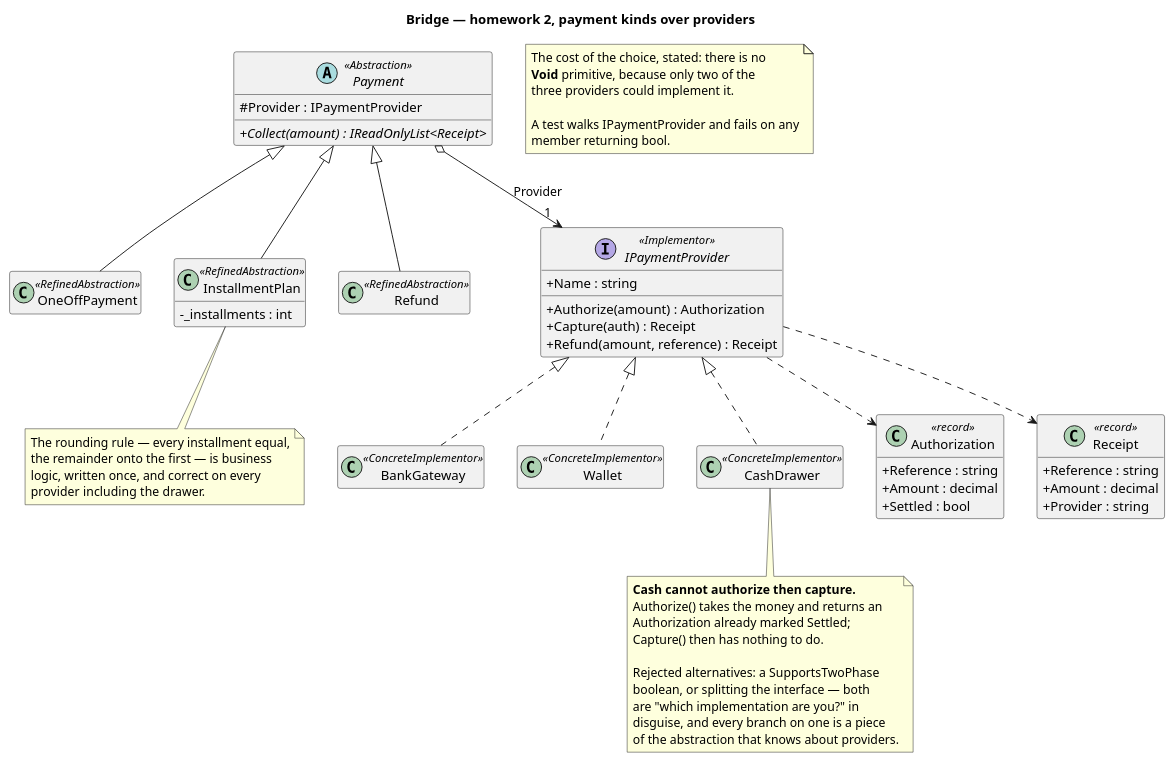
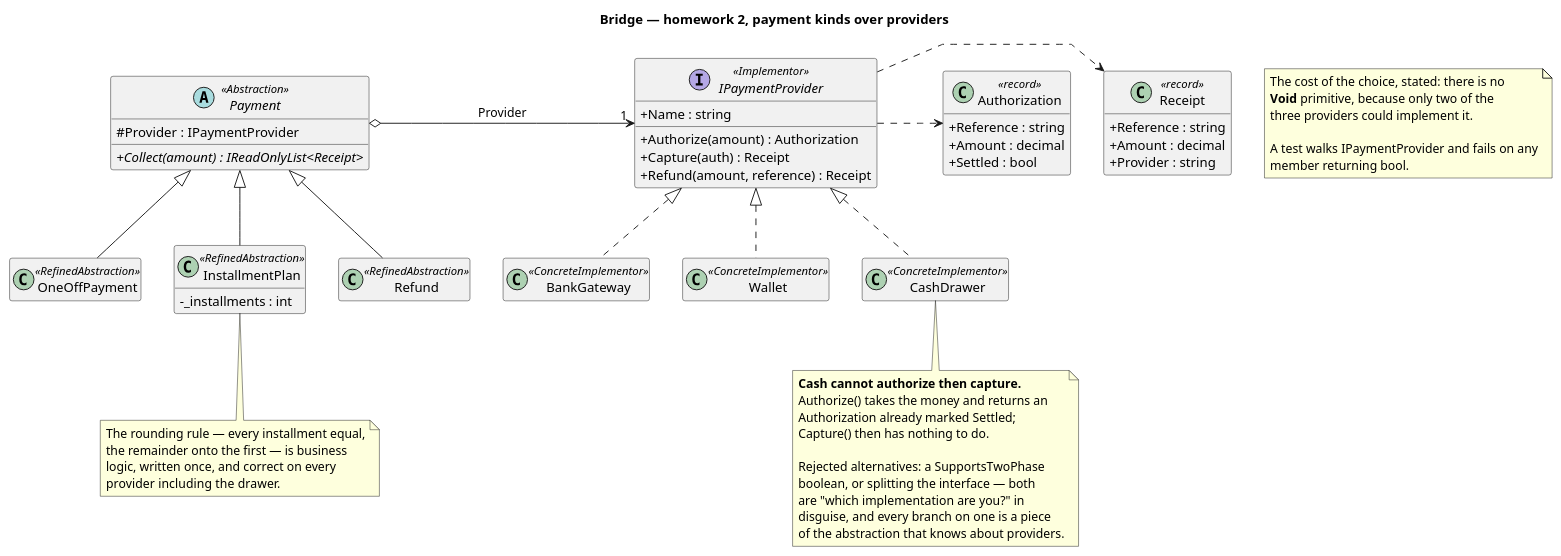
Before and after one commit to kaldiroglu/DesignPatternsWithCSharp: the diagram in Bridge/src/Bridge/Hw/PaymentDesk/uml/Bridge - Payment Desk (Solution) - Class Diagram.puml, drawn with PlantUML. The commit also changed 43 other files, not shown here.

Commit message:
Diagrams: each parent above and centered over its children, on one row, with straight lines

```diff
--- a/Bridge/src/Bridge/Hw/PaymentDesk/uml/Bridge - Payment Desk (Solution) - Class Diagram.puml
+++ b/Bridge/src/Bridge/Hw/PaymentDesk/uml/Bridge - Payment Desk (Solution) - Class Diagram.puml
@@ -1,79 +1,80 @@
 @startuml "Bridge - Payment Desk (Solution) - Class Diagram"
+skinparam linetype polyline
 skinparam classAttributeIconSize 0
 hide empty members
 title Bridge — homework 2, payment kinds over providers
 
 
 abstract class Payment <<Abstraction>> {
   # Provider : IPaymentProvider
   + {abstract} Collect(amount) : IReadOnlyList<Receipt>
 }
 
 class OneOffPayment <<RefinedAbstraction>>
 class InstallmentPlan <<RefinedAbstraction>> {
   - _installments : int
 }
 class Refund <<RefinedAbstraction>>
 
 interface IPaymentProvider <<Implementor>> {
   + Name : string
   + Authorize(amount) : Authorization
   + Capture(auth) : Receipt
   + Refund(amount, reference) : Receipt
 }
 
 class BankGateway <<ConcreteImplementor>>
 class Wallet <<ConcreteImplementor>>
 class CashDrawer <<ConcreteImplementor>>
 
 class Authorization <<record>> {
   + Reference : string
   + Amount : decimal
   + Settled : bool
 }
 class Receipt <<record>> {
   + Reference : string
   + Amount : decimal
   + Provider : string
 }
 
 Payment <|-- OneOffPayment
 Payment <|-- InstallmentPlan
 Payment <|-- Refund
-Payment o--> "1" IPaymentProvider : Provider
 IPaymentProvider <|.. BankGateway
 IPaymentProvider <|.. Wallet
 IPaymentProvider <|.. CashDrawer
-IPaymentProvider ..> Authorization
-IPaymentProvider ..> Receipt
 
 note bottom of CashDrawer
   <b>Cash cannot authorize then capture.</b>
   Authorize() takes the money and returns an
   Authorization already marked Settled;
   Capture() then has nothing to do.
 
   Rejected alternatives: a SupportsTwoPhase
   boolean, or splitting the interface — both
   are "which implementation are you?" in
   disguise, and every branch on one is a piece
   of the abstraction that knows about providers.
 end note
 
 note bottom of InstallmentPlan
   The rounding rule — every installment equal,
   the remainder onto the first — is business
   logic, written once, and correct on every
   provider including the drawer.
 end note
 
 note as N1
   The cost of the choice, stated: there is no
   <b>Void</b> primitive, because only two of the
   three providers could implement it.
 
   A test walks IPaymentProvider and fails on any
   member returning bool.
 end note
 
+Payment o-[norank]-> "1" IPaymentProvider : Provider
+IPaymentProvider .[norank].> Authorization
+IPaymentProvider .[norank].> Receipt
 @enduml
```
